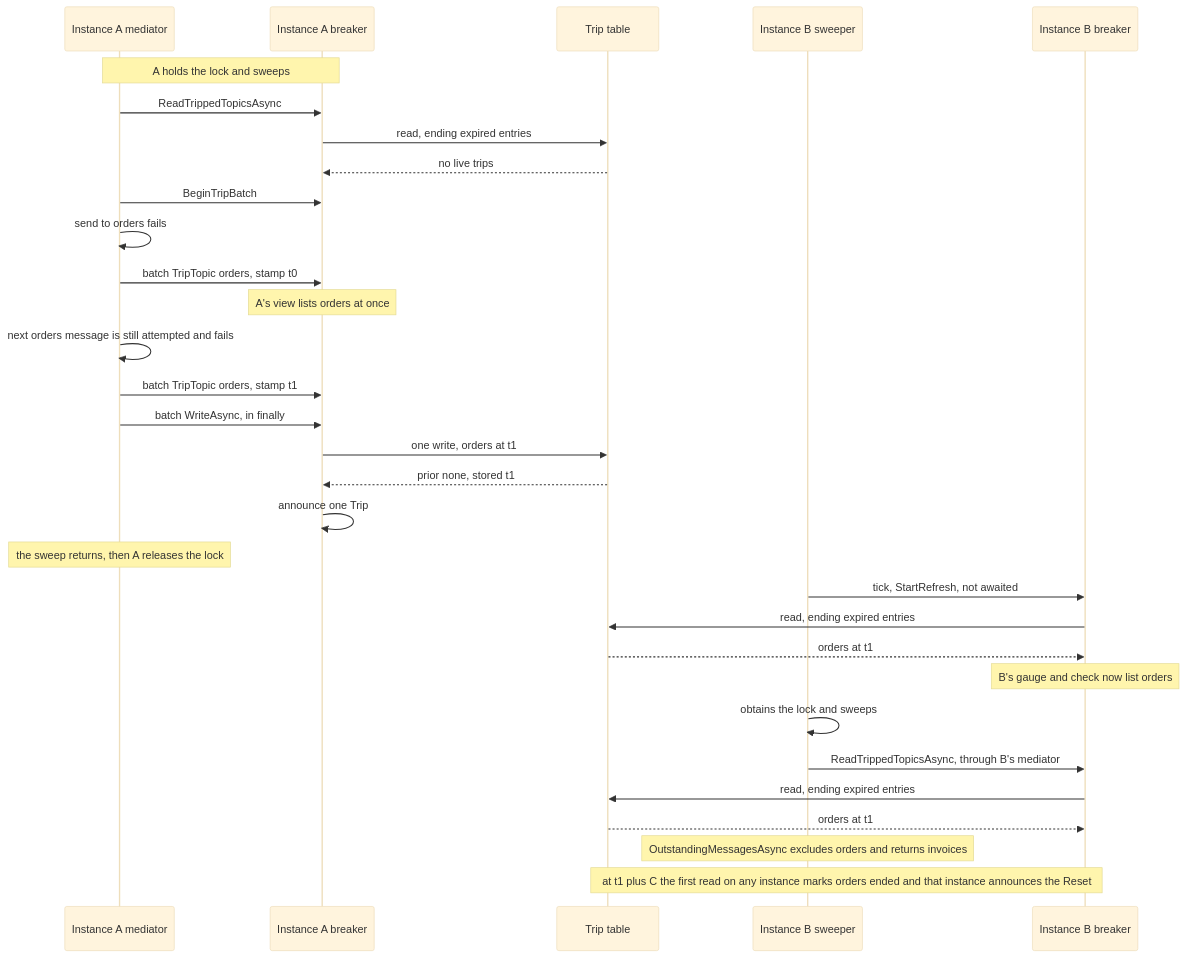
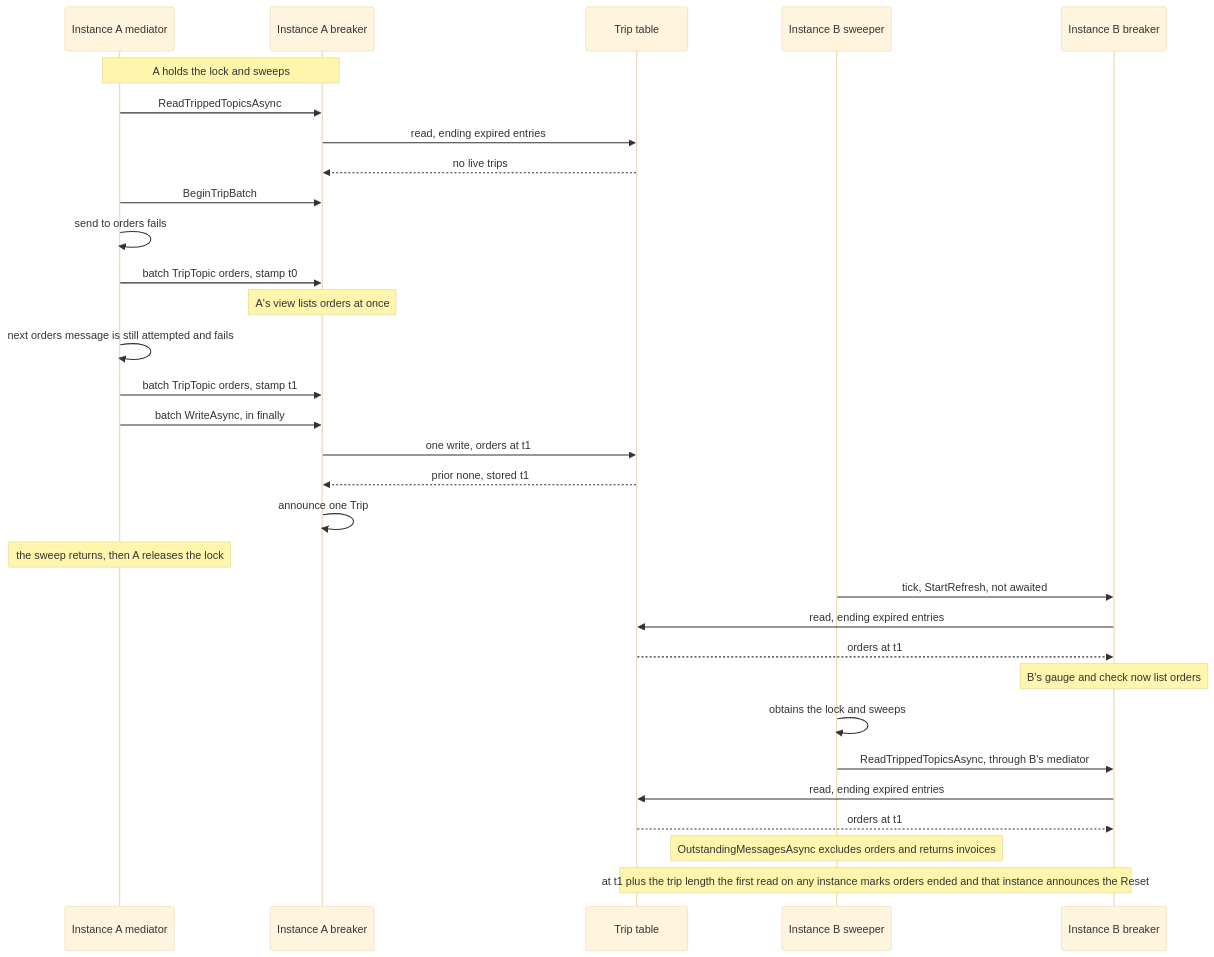
Before and after one commit to BrighterCommand/Brighter: the first of 2 diagrams in docs/adr/0089-distributed-outbox-circuit-breaker.md, drawn with Mermaid (base theme). The commit also changed other lines of this file, not shown here.

First line of the commit message:
docs: work first-pass design review of ADR 0089

````diff
--- a/docs/adr/0089-distributed-outbox-circuit-breaker.md
+++ b/docs/adr/0089-distributed-outbox-circuit-breaker.md
@@ -149,34 +158,34 @@
 ```mermaid
 sequenceDiagram
     participant AM as Instance A mediator
     participant AB as Instance A breaker
     participant S as Trip table
     participant BS as Instance B sweeper
     participant BB as Instance B breaker
 
     Note over AM,AB: A holds the lock and sweeps
     AM->>AB: ReadTrippedTopicsAsync
     AB->>S: read, ending expired entries
     S-->>AB: no live trips
     AM->>AB: BeginTripBatch
     AM->>AM: send to orders fails
     AM->>AB: batch TripTopic orders, stamp t0
     Note over AB: A's view lists orders at once
     AM->>AM: next orders message is still attempted and fails
     AM->>AB: batch TripTopic orders, stamp t1
     AM->>AB: batch WriteAsync, in finally
     AB->>S: one write, orders at t1
     S-->>AB: prior none, stored t1
     AB->>AB: announce one Trip
     Note over AM: the sweep returns, then A releases the lock
     BS->>BB: tick, StartRefresh, not awaited
     BB->>S: read, ending expired entries
     S-->>BB: orders at t1
     Note over BB: B's gauge and check now list orders
     BS->>BS: obtains the lock and sweeps
     BS->>BB: ReadTrippedTopicsAsync, through B's mediator
     BB->>S: read, ending expired entries
     S-->>BB: orders at t1
     Note over BS: OutstandingMessagesAsync excludes orders and returns invoices
-    Note over BB,S: at t1 plus C the first read on any instance marks orders ended and that instance announces the Reset
+    Note over BB,S: at t1 plus the trip length the first read on any instance marks orders ended and that instance announces the Reset
 ```
````
